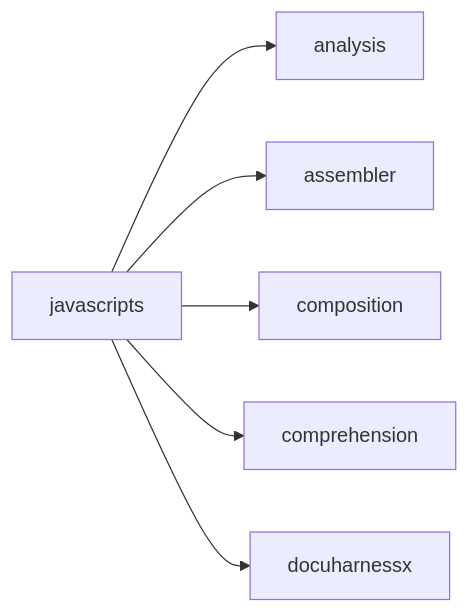
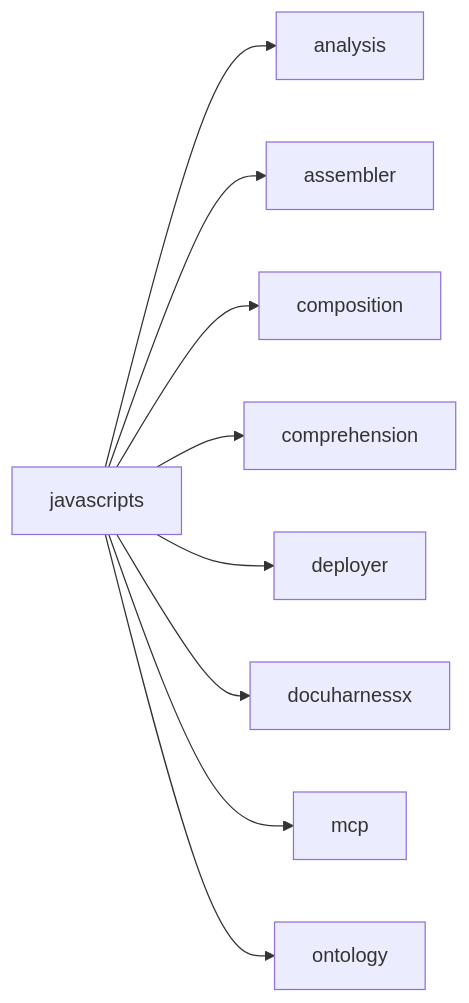
One commit to norandom/DocuHarnessX changed diagram 17 of 30 in docs/glossary.md. Above: the diagram before and after it, drawn with Mermaid. The commit also changed other lines of this file and 18 other files, not shown here.

First line of the commit message:
feat(architect-narrative): conceptual Hypertree via InfoVis Toolkit

````diff
--- a/docs/glossary.md
+++ b/docs/glossary.md
@@ -614,14 +622,20 @@
 ```mermaid
 flowchart LR
  here["javascripts"]
  r0["analysis"]
  here --> r0
  r1["assembler"]
  here --> r1
  r2["composition"]
  here --> r2
  r3["comprehension"]
  here --> r3
- r4["docuharnessx"]
+ r4["deployer"]
  here --> r4
+ r5["docuharnessx"]
+ here --> r5
+ r6["mcp"]
+ here --> r6
+ r7["ontology"]
+ here --> r7
 ```
````
